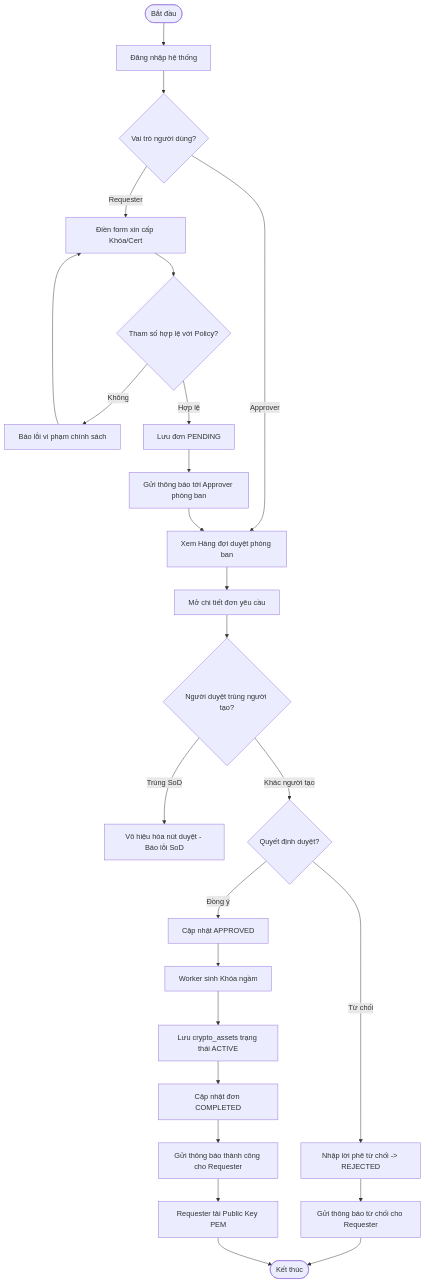
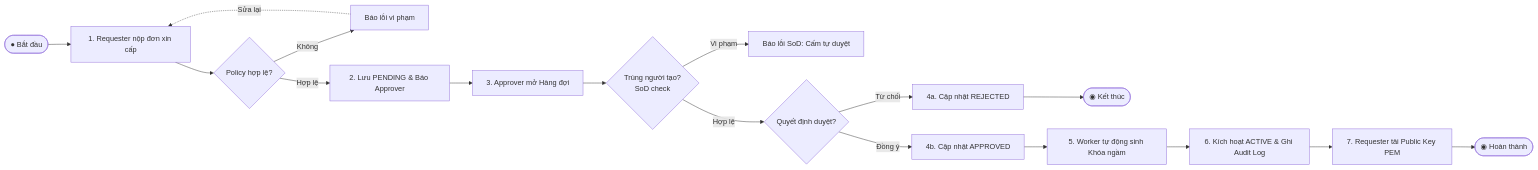
The eighth of 9 diagrams in BAO_CAO_DO_AN_TKHTTT_CRYTA.md (Eyblcat12/Cryta), drawn with Mermaid before and after one commit. The commit also changed 3 other files, not shown here.

Commit message:
docs: redraw activity diagram to horizontal layout

````diff
--- a/BAO_CAO_DO_AN_TKHTTT_CRYTA.md
+++ b/BAO_CAO_DO_AN_TKHTTT_CRYTA.md
@@ -565,31 +565,24 @@
 ```mermaid
-flowchart TD
-    Start([Bắt đầu]) --> Login[Đăng nhập hệ thống]
-    Login --> CheckRole{Vai trò người dùng?}
+flowchart LR
+    Start([● Bắt đầu]) --> CreateReq[1. Requester nộp đơn xin cấp]
+    CreateReq --> ValPolicy{Policy hợp lệ?}
     
-    CheckRole -->|Requester| CreateReq[Điền form xin cấp Khóa/Cert]
-    CreateReq --> ValPolicy{Tham số hợp lệ với Policy?}
-    ValPolicy -->|Không| ShowErr[Báo lỗi vi phạm chính sách]
-    ShowErr --> CreateReq
-    ValPolicy -->|Hợp lệ| SaveReq[Lưu đơn PENDING]
-    SaveReq --> PushNoti[Gửi thông báo tới Approver phòng ban]
+    ValPolicy -->|Không| ShowErr[Báo lỗi vi phạm]
+    ShowErr -.->|Sửa lại| CreateReq
+    ValPolicy -->|Hợp lệ| SaveReq[2. Lưu PENDING & Báo Approver]
     
-    CheckRole -->|Approver| ViewQueue[Xem Hàng đợi duyệt phòng ban]
-    PushNoti --> ViewQueue
-    ViewQueue --> OpenDetail[Mở chi tiết đơn yêu cầu]
-    OpenDetail --> CheckSoD{Người duyệt trùng người tạo?}
-    CheckSoD -->|Trùng SoD| BlockApprove[Vô hiệu hóa nút duyệt - Báo lỗi SoD]
-    CheckSoD -->|Khác người tạo| Decision{Quyết định duyệt?}
+    SaveReq --> ViewQueue[3. Approver mở Hàng đợi]
+    ViewQueue --> CheckSoD{Trùng người tạo?<br/>SoD check}
     
-    Decision -->|Từ chối| RejectReq[Nhập lời phê từ chối -> REJECTED]
-    RejectReq --> NotiReject[Gửi thông báo từ chối cho Requester]
-    NotiReject --> End([Kết thúc])
+    CheckSoD -->|Vi phạm| BlockApprove[Báo lỗi SoD: Cấm tự duyệt]
+    CheckSoD -->|Hợp lệ| Decision{Quyết định duyệt?}
     
-    Decision -->|Đồng ý| ApproveReq[Cập nhật APPROVED]
-    ApproveReq --> WorkerGen[Worker sinh Khóa ngầm]
-    WorkerGen --> SaveAsset[Lưu crypto_assets trạng thái ACTIVE]
-    SaveAsset --> CompleteReq[Cập nhật đơn COMPLETED]
-    CompleteReq --> NotiSuccess[Gửi thông báo thành công cho Requester]
-    NotiSuccess --> DownloadKey[Requester tải Public Key PEM]
-    DownloadKey --> End
+    Decision -->|Từ chối| RejectReq[4a. Cập nhật REJECTED]
+    RejectReq --> EndFail([◉ Kết thúc])
+    
+    Decision -->|Đồng ý| ApproveReq[4b. Cập nhật APPROVED]
+    ApproveReq --> WorkerGen[5. Worker tự động sinh Khóa ngầm]
+    WorkerGen --> SaveAsset[6. Kích hoạt ACTIVE & Ghi Audit Log]
+    SaveAsset --> DownloadKey[7. Requester tải Public Key PEM]
+    DownloadKey --> EndOk([◉ Hoàn thành])
 ```
````
